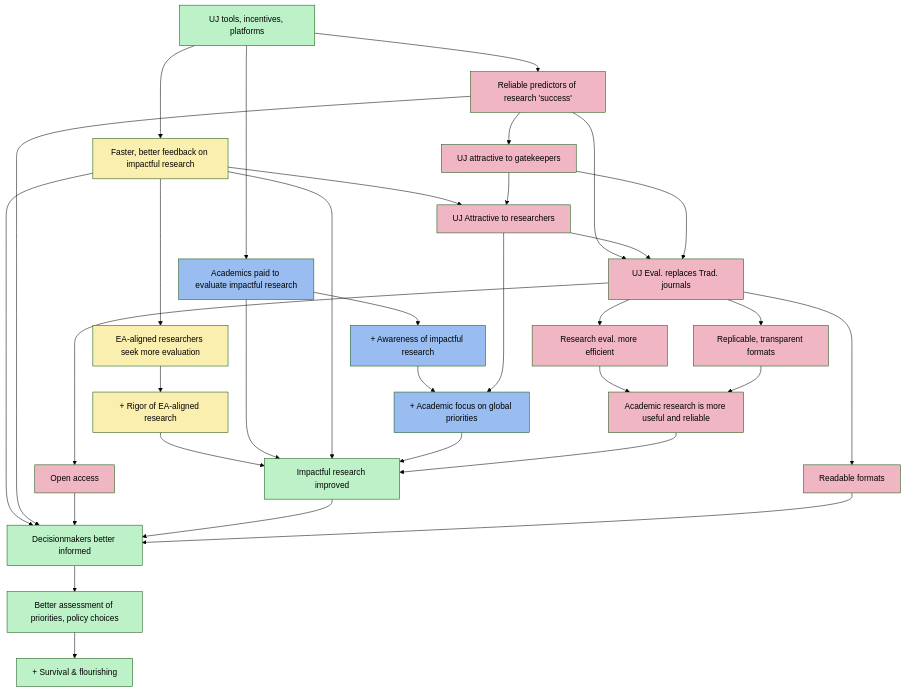
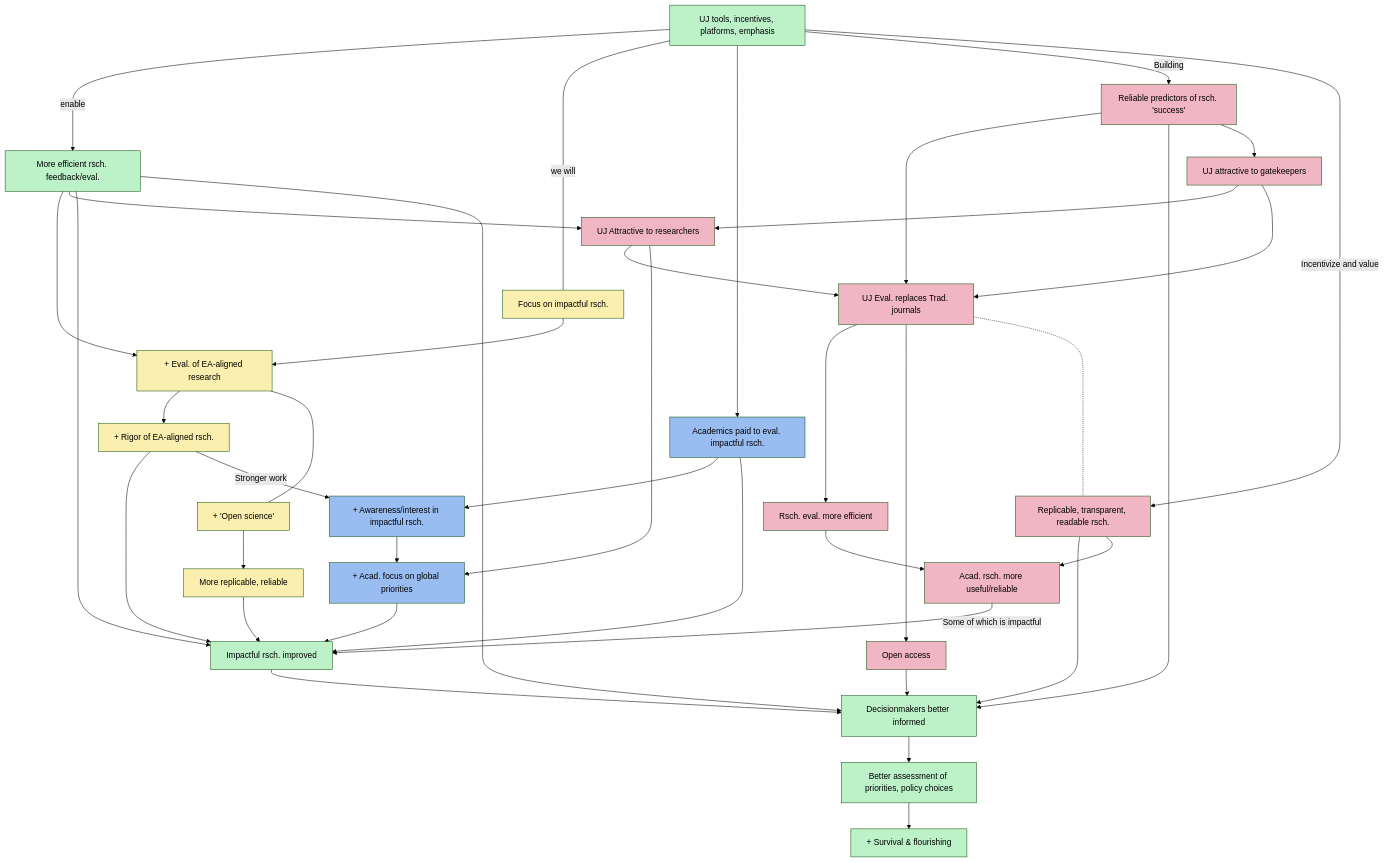
The diagram in benefits-and-features/global-priorities-theory-of-change.md (unjournal/unjournal_gitbook), drawn with Mermaid (forest theme) before and after one commit. The commit also changed other lines of this file and 15 other files, not shown here.

Commit message:
GitBook: [#427] further spell out impact flowchart

````diff
--- a/benefits-and-features/global-priorities-theory-of-change.md
+++ b/benefits-and-features/global-priorities-theory-of-change.md
@@ -5,27 +5,38 @@
 ```mermaid
 flowchart TD
 classDef Direct fill:#faefaf
+classDef Multi fill:#bdf2c9
 classDef Integrate fill:#99bdf0
-classDef Multi fill:#bdf2c9
 classDef Systemic fill:#f0b6c4
 
-A0[UJ tools, incentives, platforms]:::Multi -->  A[Faster/better feedback on impactful research ]:::Direct 
-A[Faster/better feedback on impactful research ] --> EAR[EA-aligned researchers seek more evaluation]:::Direct --> EAR1[+ Rigor of EA-aligned research]:::Direct --> A1[Impactful research improved]:::Multi 
-A0[UJ tools, incentives, platforms] --> I[Academics paid to evaluate impactful research]:::Integrate --> I2[+ Awareness of impactful research]:::Integrate --> D1[+ Academic focus on global priorities]:::Integrate 
-I[Academics paid to evaluate impactful research]:::Integrate  --> A1[Impactful research improved]:::Multi 
-A[Faster/better feedback on impactful research ]  --> D[UJ Attractive to researchers]
- A[Faster/better feedback on impactful research ] --> A1[Impactful research improved]:::Multi 
-    A[Faster, better feedback on impactful research ] --> A2[Decisionmakers better informed]
-A0[UJ tools, incentives, platforms] --> B[Reliable predictors of research 'success']:::Systemic --> B2[Replaces traditional journals] 
-B[Reliable predictors of research 'success'] --> A2[Decisionmakers better informed]
+A0[UJ tools, incentives, platforms, emphasis]:::Multi --enable-->  A[More efficient rsch. feedback/eval.]:::Multi 
+A0 --we will --- FocusEA[Focus on impactful rsch.]:::Direct --> EAR
+A --> EAR[+ evaluation of EA-aligned rsch.]:::Direct 
+EAR --> EARig[+ Rigor of EA-aligned rsch.]:::Direct 
+EARig --> A1[Impactful research improved]:::Multi 
 
-D[UJ Attractive to researchers]:::Systemic --> B2[UJ Eval. replaces Trad. journals]:::Systemic 
+EAR[+ Eval. of EA-aligned research]:::Direct --- OF[+ 'Open science']:::Direct --> EARO[More replicable, reliable]:::Direct --> A1
+A0 --> PayAcad[Academics paid to eval. impactful rsch.]:::Integrate --> AcadAware[+ Awareness/interest in impactful rsch.]:::Integrate --> D1[+ Acad. focus on global priorities]:::Integrate 
+PayAcad:::Integrate  --> A1[Impactful rsch. improved]:::Multi 
+EARig --Stronger work--> AcadAware
+
+A  --> D[UJ Attractive to researchers]
+A --> A1:::Multi 
+A --> A2[Decisionmakers better informed]
+A0 --Building--> B[Reliable predictors of rsch. 'success']:::Systemic --> B2[UJ-style Eval. replaces Trad. journals]:::Systemic 
+B[Reliable predictors of rsch. 'success'] --> A2
+
+D[UJ Attractive to researchers]:::Systemic --> B2
 B1[UJ attractive to gatekeepers]:::Systemic --> D[UJ Attractive to researchers]
- D[UJ Attractive to researchers] --> D1[+ Academic focus on global priorities] --> A1[Impactful research improved]:::Multi 
-B[Reliable predictors of research 'success'] --> B1[UJ attractive to gatekeepers] --> B2[UJ Eval. replaces Trad. journals] 
-B2[UJ Eval. replaces Trad. journals] --> B3[Research eval. more efficient]:::Systemic --> B35[Academic research is more useful and reliable] --> A1[Impactful research improved]:::Multi 
-B2[UJ Eval. replaces Trad. journals] --> B4[Open access]:::Systemic --> A2[Decisionmakers better informed]
-A1[Impactful research improved]:::Multi  --> A2[Decisionmakers better informed]:::Direct
-B2[UJ Eval. replaces Trad. journals] --> B5[Readable formats ]:::Systemic --> A2[Decisionmakers better informed]:::Multi --> E1[Better assessment of priorities, policy choices]:::Multi --> O[+ Survival & flourishing]:::Multi
-B2[UJ Eval. replaces Trad. journals]--> B6[Replicable, transparent formats]:::Systemic --> B35[Academic research is more useful and reliable]:::Systemic
+D --> D1 --> A1:::Multi 
+B[Reliable predictors of rsch. 'success'] --> B1[UJ attractive to gatekeepers] --> B2 
+B2[UJ Eval. replaces Trad. journals] --> B3[Rsch. eval. more efficient]:::Systemic 
+B3 --> RSXreliable[Acad. rsch. more useful/reliable]:::Systemic
+RSXreliable --Some of which is impactful--> A1 
+B2 --> B4[Open access]:::Systemic 
+B4 --> A2[Decisionmakers better informed]
+A1:::Multi  --> A2:::Direct
+A0 --Incentivize and value--> B6[Readable formats]:::Systemic --> A2:::Multi --> E1[Better assessment of priorities, policy choices]:::Multi --> O[+ Survival & flourishing]:::Multi 
+B6[Replicable, transparent, readable rsch.]:::Systemic --> RSXreliable
+B2-...-B6
 ```
````
